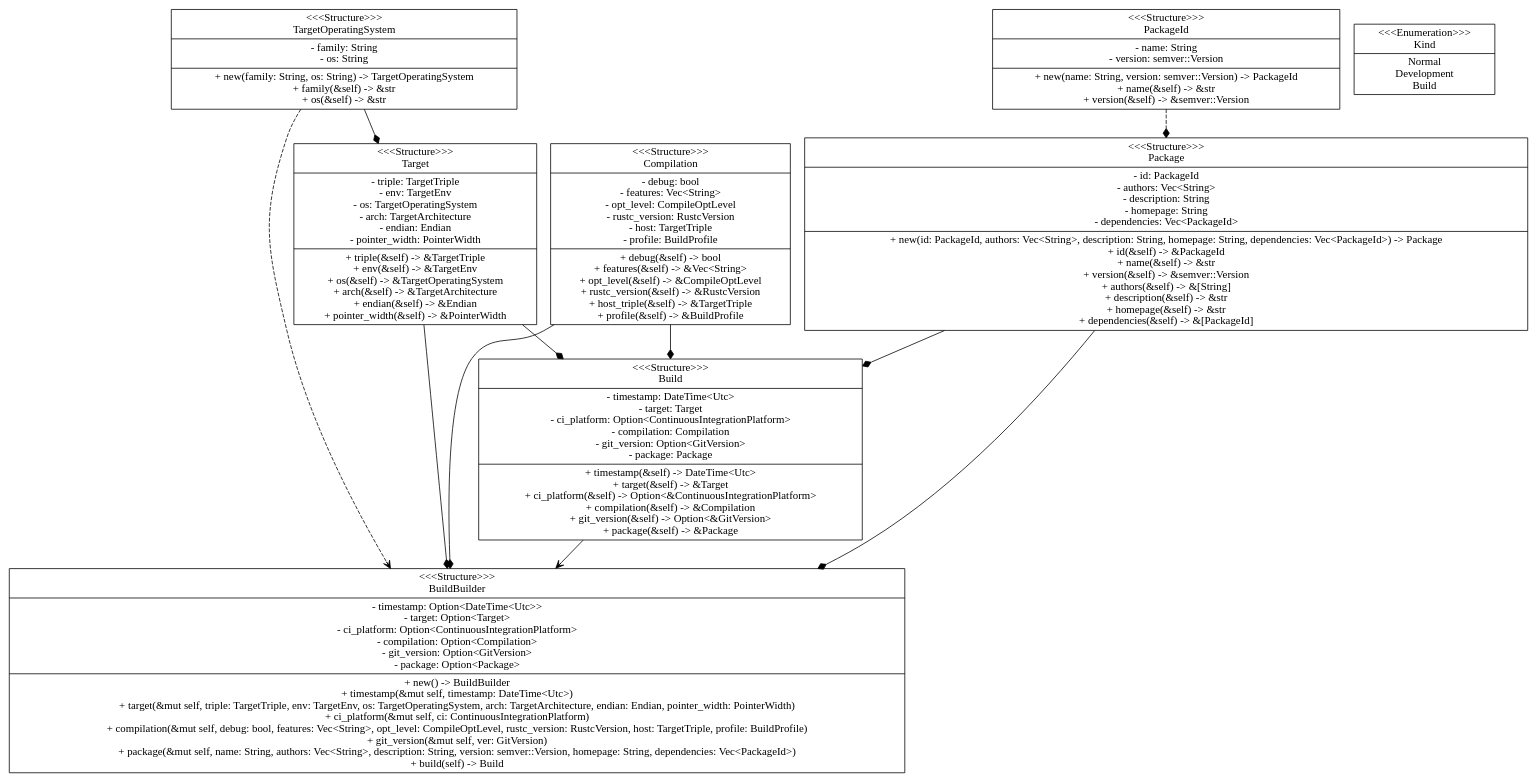
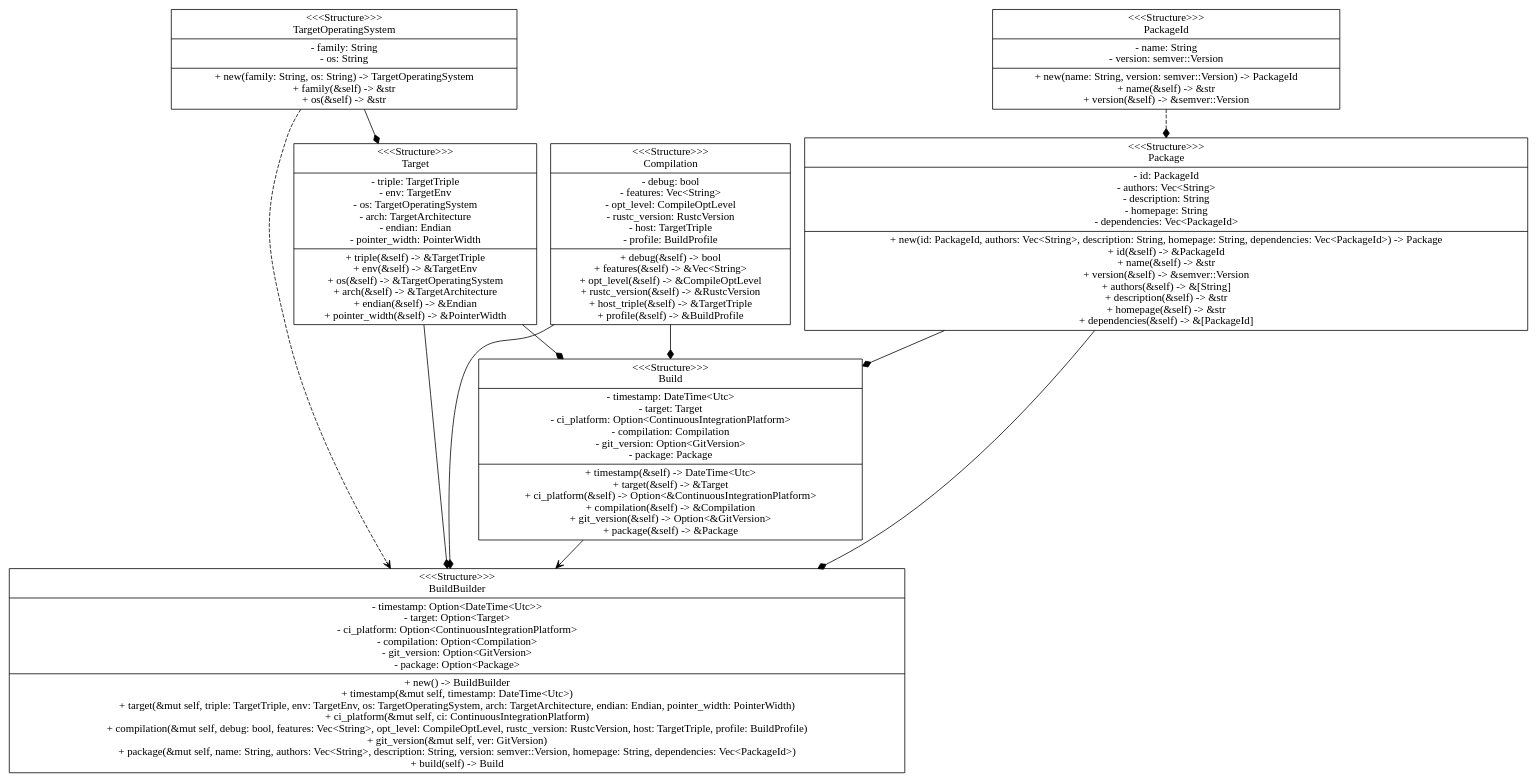
Before and after one commit to oysterpack/oysterpack-rust: the diagram in oysterpack-app-metadata/target/doc/oysterpack_app_metadata/ml.dot, drawn with Graphviz. The commit also changed 8 other files, not shown here.

```diff
--- a/oysterpack-app-metadata/target/doc/oysterpack_app_metadata/ml.dot
+++ b/oysterpack-app-metadata/target/doc/oysterpack_app_metadata/ml.dot
@@ -1,20 +1,19 @@
 digraph ml {
     ndBuild[label="{&lt;&lt;&lt;Structure&gt;&gt;&gt;\nBuild|- timestamp: DateTime&lt;Utc&gt;\n- target: Target\n- ci_platform: Option&lt;ContinuousIntegrationPlatform&gt;\n- compilation: Compilation\n- git_version: Option&lt;GitVersion&gt;\n- package: Package|+ timestamp(&amp;self) -&gt; DateTime&lt;Utc&gt;\n+ target(&amp;self) -&gt; &amp;Target\n+ ci_platform(&amp;self) -&gt; Option&lt;&amp;ContinuousIntegrationPlatform&gt;\n+ compilation(&amp;self) -&gt; &amp;Compilation\n+ git_version(&amp;self) -&gt; Option&lt;&amp;GitVersion&gt;\n+ package(&amp;self) -&gt; &amp;Package}"][shape="record"];
     ndBuildBuilder[label="{&lt;&lt;&lt;Structure&gt;&gt;&gt;\nBuildBuilder|- timestamp: Option&lt;DateTime&lt;Utc&gt;&gt;\n- target: Option&lt;Target&gt;\n- ci_platform: Option&lt;ContinuousIntegrationPlatform&gt;\n- compilation: Option&lt;Compilation&gt;\n- git_version: Option&lt;GitVersion&gt;\n- package: Option&lt;Package&gt;|+ new() -&gt; BuildBuilder\n+ timestamp(&amp;mut self, timestamp: DateTime&lt;Utc&gt;)\n+ target(&amp;mut self, triple: TargetTriple, env: TargetEnv, os: TargetOperatingSystem, arch: TargetArchitecture, endian: Endian, pointer_width: PointerWidth)\n+ ci_platform(&amp;mut self, ci: ContinuousIntegrationPlatform)\n+ compilation(&amp;mut self, debug: bool, features: Vec&lt;String&gt;, opt_level: CompileOptLevel, rustc_version: RustcVersion, host: TargetTriple, profile: BuildProfile)\n+ git_version(&amp;mut self, ver: GitVersion)\n+ package(&amp;mut self, name: String, authors: Vec&lt;String&gt;, description: String, version: semver::Version, homepage: String, dependencies: Vec&lt;PackageId&gt;)\n+ build(self) -&gt; Build}"][shape="record"];
     ndTargetOperatingSystem[label="{&lt;&lt;&lt;Structure&gt;&gt;&gt;\nTargetOperatingSystem|- family: String\n- os: String|+ new(family: String, os: String) -&gt; TargetOperatingSystem\n+ family(&amp;self) -&gt; &amp;str\n+ os(&amp;self) -&gt; &amp;str}"][shape="record"];
     ndTarget[label="{&lt;&lt;&lt;Structure&gt;&gt;&gt;\nTarget|- triple: TargetTriple\n- env: TargetEnv\n- os: TargetOperatingSystem\n- arch: TargetArchitecture\n- endian: Endian\n- pointer_width: PointerWidth|+ triple(&amp;self) -&gt; &amp;TargetTriple\n+ env(&amp;self) -&gt; &amp;TargetEnv\n+ os(&amp;self) -&gt; &amp;TargetOperatingSystem\n+ arch(&amp;self) -&gt; &amp;TargetArchitecture\n+ endian(&amp;self) -&gt; &amp;Endian\n+ pointer_width(&amp;self) -&gt; &amp;PointerWidth}"][shape="record"];
     ndCompilation[label="{&lt;&lt;&lt;Structure&gt;&gt;&gt;\nCompilation|- debug: bool\n- features: Vec&lt;String&gt;\n- opt_level: CompileOptLevel\n- rustc_version: RustcVersion\n- host: TargetTriple\n- profile: BuildProfile|+ debug(&amp;self) -&gt; bool\n+ features(&amp;self) -&gt; &amp;Vec&lt;String&gt;\n+ opt_level(&amp;self) -&gt; &amp;CompileOptLevel\n+ rustc_version(&amp;self) -&gt; &amp;RustcVersion\n+ host_triple(&amp;self) -&gt; &amp;TargetTriple\n+ profile(&amp;self) -&gt; &amp;BuildProfile}"][shape="record"];
     ndPackage[label="{&lt;&lt;&lt;Structure&gt;&gt;&gt;\nPackage|- id: PackageId\n- authors: Vec&lt;String&gt;\n- description: String\n- homepage: String\n- dependencies: Vec&lt;PackageId&gt;|+ new(id: PackageId, authors: Vec&lt;String&gt;, description: String, homepage: String, dependencies: Vec&lt;PackageId&gt;) -&gt; Package\n+ id(&amp;self) -&gt; &amp;PackageId\n+ name(&amp;self) -&gt; &amp;str\n+ version(&amp;self) -&gt; &amp;semver::Version\n+ authors(&amp;self) -&gt; &amp;[String]\n+ description(&amp;self) -&gt; &amp;str\n+ homepage(&amp;self) -&gt; &amp;str\n+ dependencies(&amp;self) -&gt; &amp;[PackageId]}"][shape="record"];
     ndPackageId[label="{&lt;&lt;&lt;Structure&gt;&gt;&gt;\nPackageId|- name: String\n- version: semver::Version|+ new(name: String, version: semver::Version) -&gt; PackageId\n+ name(&amp;self) -&gt; &amp;str\n+ version(&amp;self) -&gt; &amp;semver::Version}"][shape="record"];
-    ndKind[label="{&lt;&lt;&lt;Enumeration&gt;&gt;&gt;\nKind|Normal\nDevelopment\nBuild}"][shape="record"];
     ndBuild -> ndBuildBuilder[label=""][arrowhead="vee"];
     ndTargetOperatingSystem -> ndBuildBuilder[label=""][style="dashed"][arrowhead="vee"];
     ndTargetOperatingSystem -> ndTarget[label=""][arrowhead="diamond"];
     ndTarget -> ndBuild[label=""][arrowhead="diamond"];
     ndTarget -> ndBuildBuilder[label=""][arrowhead="diamond"];
     ndCompilation -> ndBuild[label=""][arrowhead="diamond"];
     ndCompilation -> ndBuildBuilder[label=""][arrowhead="diamond"];
     ndPackage -> ndBuild[label=""][arrowhead="diamond"];
     ndPackage -> ndBuildBuilder[label=""][arrowhead="diamond"];
     ndPackageId -> ndPackage[label=""][style="dashed"][arrowhead="diamond"];
 }
```
